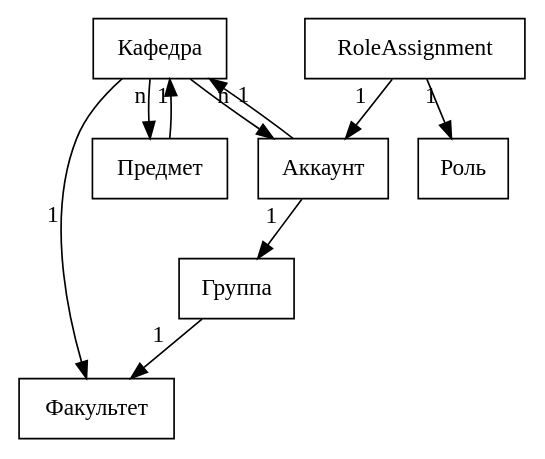
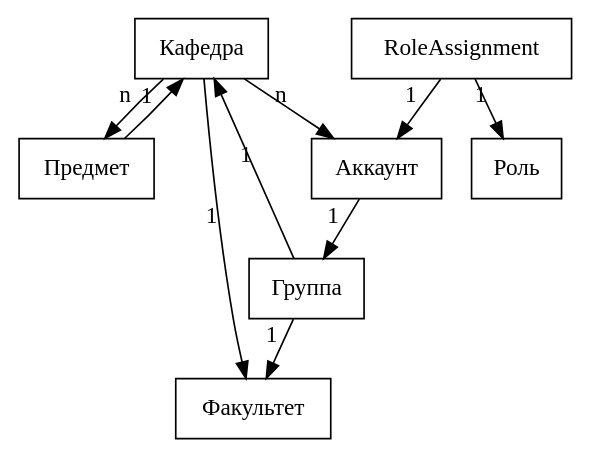
The diagram in graph.dot (NetCrackerO2/ScheduleProject), drawn with Graphviz before and after one commit. The commit also changed 1 other file, not shown here.

Commit message:
Graph update

```diff
--- a/graph.dot
+++ b/graph.dot
@@ -1,15 +1,15 @@
 digraph G {
 	node [shape="box"];
 	{
 		edge[xlabel="n",];
 		Кафедра->{Аккаунт,Предмет};
 	}
 	{
 		edge[xlabel="1"];
 		Кафедра->Факультет;
-		Группа->Факультет;
-		Аккаунт->{Кафедра,Группа};
+		Группа->{Факультет,Кафедра};
+		Аккаунт->Группа;
 		RoleAssignment->{Аккаунт,Роль};
 		Предмет->Кафедра;
 	}
 }
```
